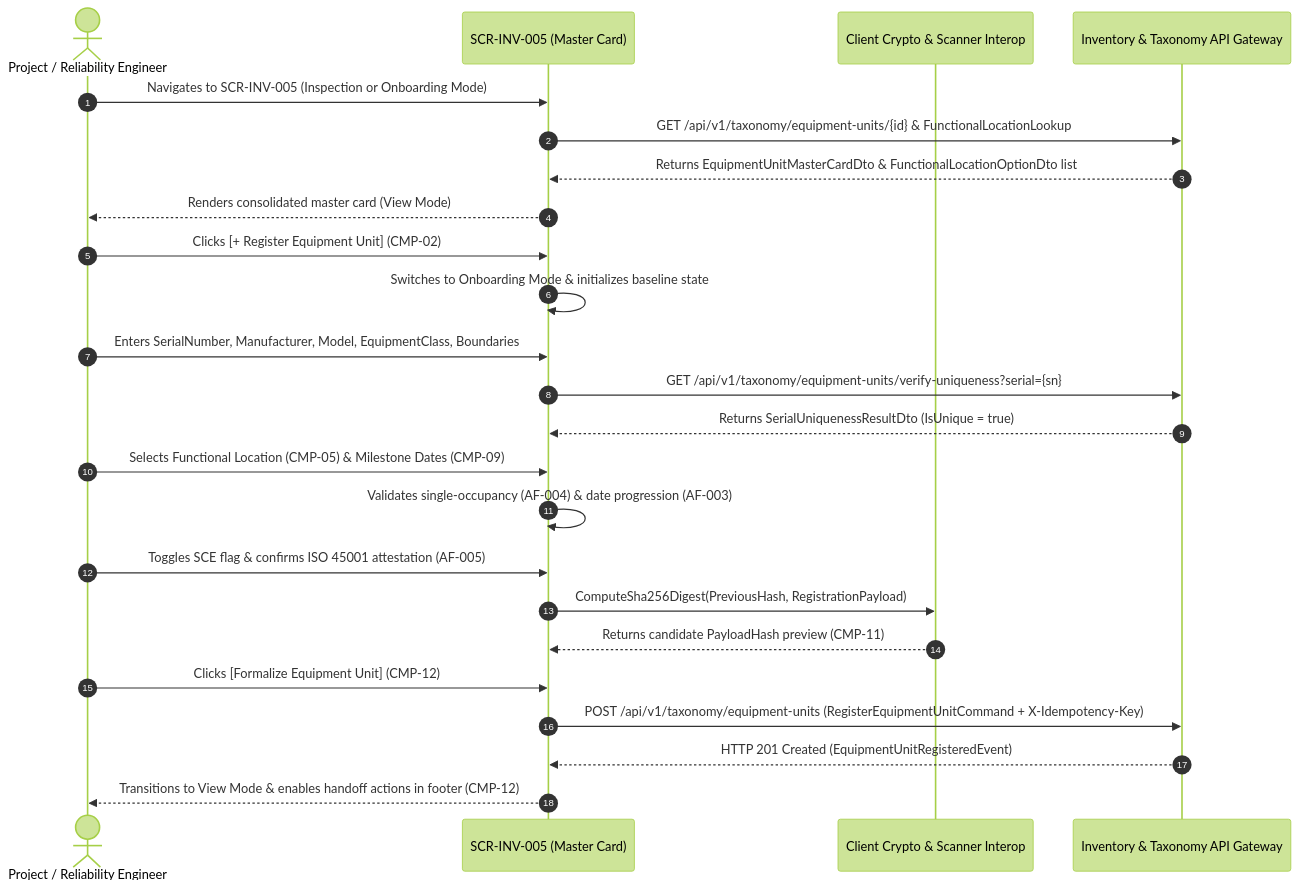
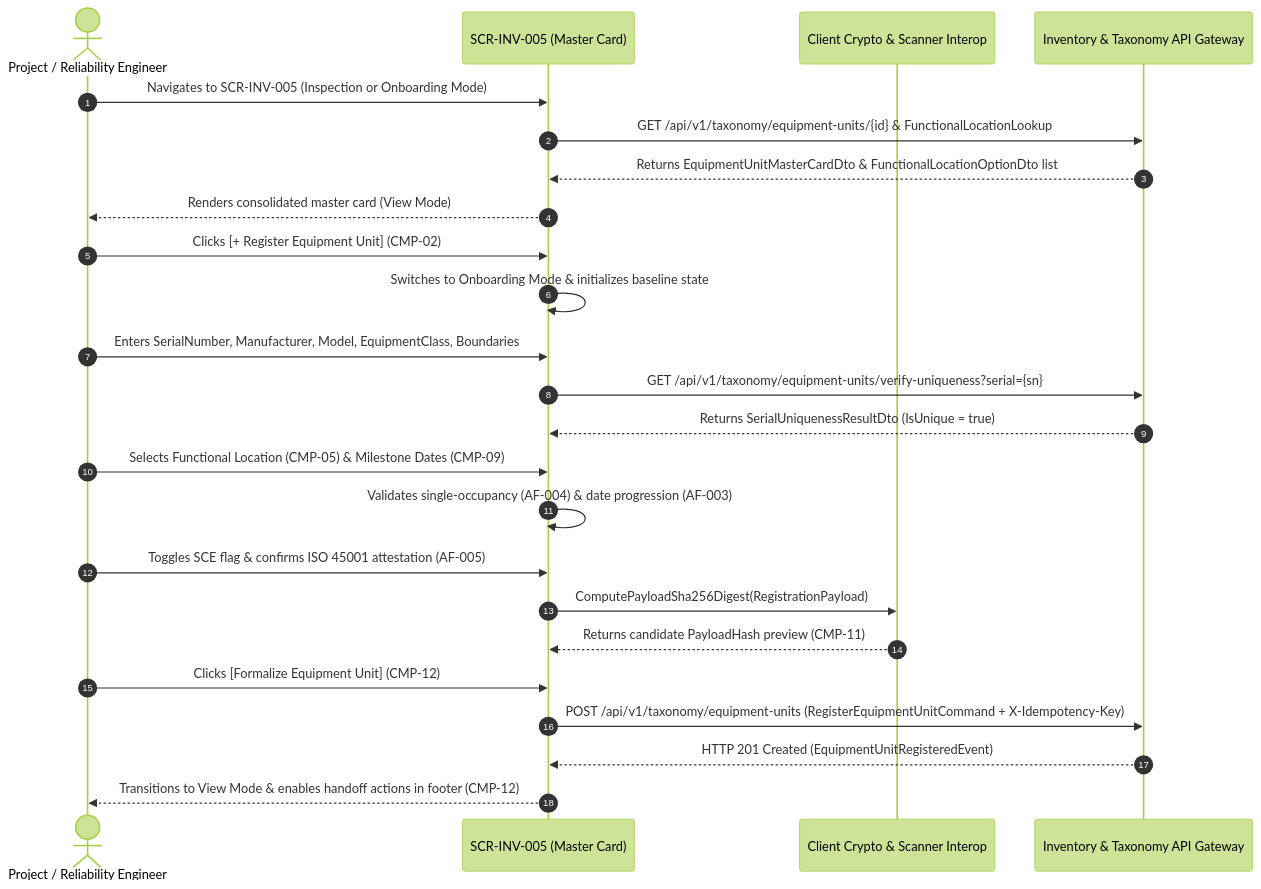
The diagram in ui-ux/screens/inv/SCR-INV-005.md (Novav20/adso-dteam-docs), drawn with Mermaid (forest theme) before and after one commit. The commit also changed other lines of this file and 9 other files, not shown here.

````diff
--- a/ui-ux/screens/inv/SCR-INV-005.md
+++ b/ui-ux/screens/inv/SCR-INV-005.md
@@ -231,27 +231,27 @@
 ```mermaid
 sequenceDiagram
     autonumber
     actor Engineer as Project / Reliability Engineer
     participant UI as SCR-INV-005 (Master Card)
     participant Interop as Client Crypto & Scanner Interop
     participant API as Inventory & Taxonomy API Gateway
 
     Engineer->>UI: Navigates to SCR-INV-005 (Inspection or Onboarding Mode)
     UI->>API: GET /api/v1/taxonomy/equipment-units/{id} & FunctionalLocationLookup
     API-->>UI: Returns EquipmentUnitMasterCardDto & FunctionalLocationOptionDto list
     UI-->>Engineer: Renders consolidated master card (View Mode)
     Engineer->>UI: Clicks [+ Register Equipment Unit] (CMP-02)
     UI->>UI: Switches to Onboarding Mode & initializes baseline state
     Engineer->>UI: Enters SerialNumber, Manufacturer, Model, EquipmentClass, Boundaries
     UI->>API: GET /api/v1/taxonomy/equipment-units/verify-uniqueness?serial={sn}
     API-->>UI: Returns SerialUniquenessResultDto (IsUnique = true)
     Engineer->>UI: Selects Functional Location (CMP-05) & Milestone Dates (CMP-09)
     UI->>UI: Validates single-occupancy (AF-004) & date progression (AF-003)
     Engineer->>UI: Toggles SCE flag & confirms ISO 45001 attestation (AF-005)
-    UI->>Interop: ComputeSha256Digest(PreviousHash, RegistrationPayload)
+    UI->>Interop: ComputePayloadSha256Digest(RegistrationPayload)
     Interop-->>UI: Returns candidate PayloadHash preview (CMP-11)
     Engineer->>UI: Clicks [Formalize Equipment Unit] (CMP-12)
     UI->>API: POST /api/v1/taxonomy/equipment-units (RegisterEquipmentUnitCommand + X-Idempotency-Key)
     API-->>UI: HTTP 201 Created (EquipmentUnitRegisteredEvent)
     UI-->>Engineer: Transitions to View Mode & enables handoff actions in footer (CMP-12)
 ```
````
